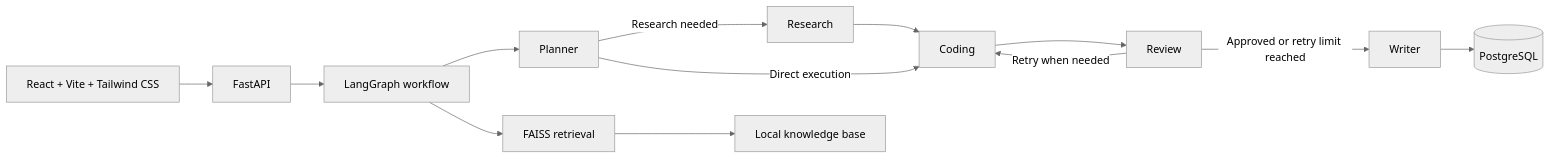
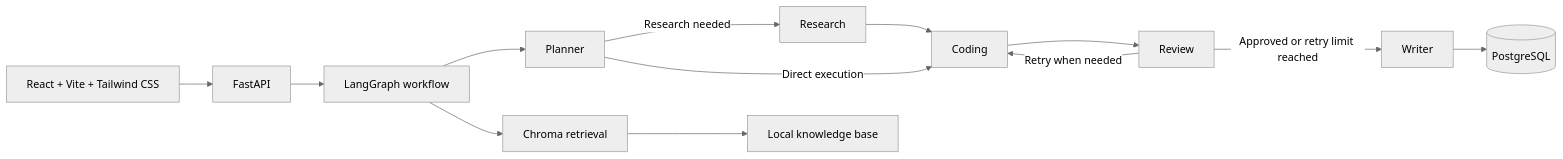
Before and after one commit to Chitransh1011/Multi_Agent_Software_Engineering_Assistant: the diagram in README.md, drawn with Mermaid (neutral theme). The commit also changed other lines of this file and 9 other files, not shown here.

````diff
--- a/README.md
+++ b/README.md
@@ -17,15 +17,15 @@
 ```mermaid
 flowchart LR
     UI[React + Vite + Tailwind CSS] --> API[FastAPI]
     API --> Graph[LangGraph workflow]
     Graph --> Planner[Planner]
     Planner -->|Research needed| Research[Research]
     Planner -->|Direct execution| Coding[Coding]
     Research --> Coding
     Coding --> Review[Review]
     Review -->|Retry when needed| Coding
     Review -->|Approved or retry limit reached| Writer[Writer]
     Writer --> DB[(PostgreSQL)]
-    Graph --> RAG[FAISS retrieval]
+    Graph --> RAG[Chroma retrieval]
     RAG --> Docs[Local knowledge base]
 ```
````
